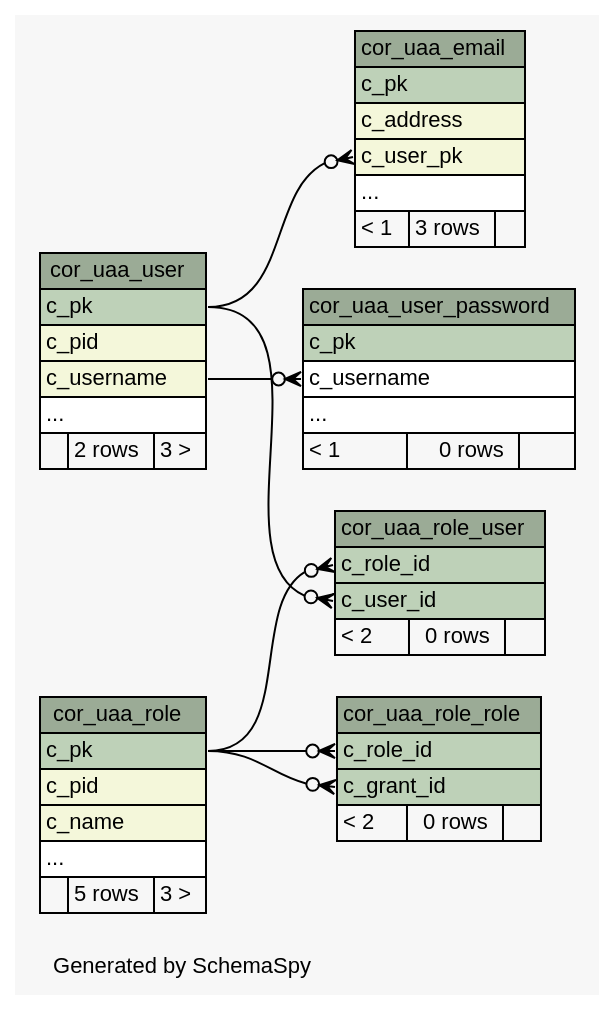
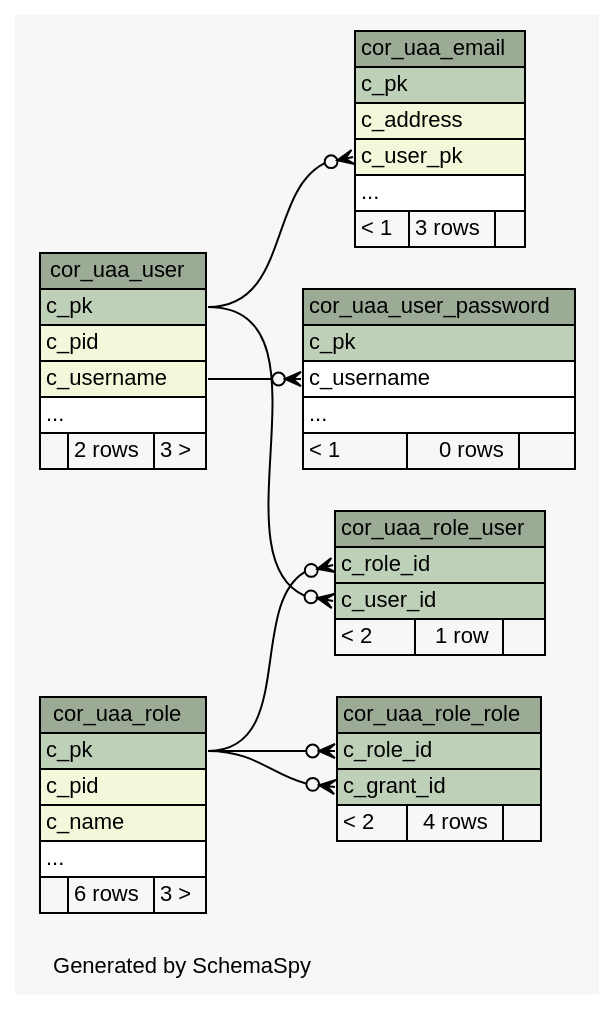
Before and after one commit to openwms/org.openwms.core.uaa: the diagram in 2.0.0-SNAPSHOT/schemaspy/diagrams/summary/relationships.real.compact.dot, drawn with Graphviz. The commit also changed 237 other files, not shown here.

```diff
--- a/2.0.0-SNAPSHOT/schemaspy/diagrams/summary/relationships.real.compact.dot
+++ b/2.0.0-SNAPSHOT/schemaspy/diagrams/summary/relationships.real.compact.dot
@@ -1,101 +1,101 @@
-// dot 2.43.0 on Linux 5.15.0-1033-azure
+// dot 2.43.0 on Linux 5.15.0-1037-azure
 // SchemaSpy rev Unknown
 digraph "compactRelationshipsDiagram" {
   graph [
     rankdir="RL"
     bgcolor="#f7f7f7"
     label="\nGenerated by SchemaSpy"
     labeljust="l"
     nodesep="0.18"
     ranksep="0.46"
     fontname="Helvetica"
     fontsize="11"
   ];
   node [
     fontname="Helvetica"
     fontsize="11"
     shape="plaintext"
   ];
   edge [
     arrowsize="0.8"
   ];
   "cor_uaa_email" [
     label=<
     <TABLE BORDER="0" CELLBORDER="1" CELLSPACING="0" BGCOLOR="#ffffff">
       <TR><TD COLSPAN="3" BGCOLOR="#9bab96" ALIGN="CENTER">cor_uaa_email</TD></TR>
       <TR><TD PORT="c_pk" COLSPAN="3" BGCOLOR="#bed1b8" ALIGN="LEFT">c_pk</TD></TR>
       <TR><TD PORT="c_address" COLSPAN="3" BGCOLOR="#f4f7da" ALIGN="LEFT">c_address</TD></TR>
       <TR><TD PORT="c_user_pk" COLSPAN="3" BGCOLOR="#f4f7da" ALIGN="LEFT">c_user_pk</TD></TR>
       <TR><TD PORT="elipses" COLSPAN="3" ALIGN="LEFT">...</TD></TR>
       <TR><TD ALIGN="LEFT" BGCOLOR="#f7f7f7">&lt; 1</TD><TD ALIGN="RIGHT" BGCOLOR="#f7f7f7">3 rows</TD><TD ALIGN="RIGHT" BGCOLOR="#f7f7f7">  </TD></TR>
     </TABLE>>
     URL="tables/cor_uaa_email.html"
     tooltip="cor_uaa_email"
   ];
   "cor_uaa_role" [
     label=<
     <TABLE BORDER="0" CELLBORDER="1" CELLSPACING="0" BGCOLOR="#ffffff">
       <TR><TD COLSPAN="3" BGCOLOR="#9bab96" ALIGN="CENTER">cor_uaa_role</TD></TR>
       <TR><TD PORT="c_pk" COLSPAN="3" BGCOLOR="#bed1b8" ALIGN="LEFT">c_pk</TD></TR>
       <TR><TD PORT="c_pid" COLSPAN="3" BGCOLOR="#f4f7da" ALIGN="LEFT">c_pid</TD></TR>
       <TR><TD PORT="c_name" COLSPAN="3" BGCOLOR="#f4f7da" ALIGN="LEFT">c_name</TD></TR>
       <TR><TD PORT="elipses" COLSPAN="3" ALIGN="LEFT">...</TD></TR>
-      <TR><TD ALIGN="LEFT" BGCOLOR="#f7f7f7">  </TD><TD ALIGN="RIGHT" BGCOLOR="#f7f7f7">5 rows</TD><TD ALIGN="RIGHT" BGCOLOR="#f7f7f7">3 &gt;</TD></TR>
+      <TR><TD ALIGN="LEFT" BGCOLOR="#f7f7f7">  </TD><TD ALIGN="RIGHT" BGCOLOR="#f7f7f7">6 rows</TD><TD ALIGN="RIGHT" BGCOLOR="#f7f7f7">3 &gt;</TD></TR>
     </TABLE>>
     URL="tables/cor_uaa_role.html"
     tooltip="cor_uaa_role"
   ];
   "cor_uaa_role_role" [
     label=<
     <TABLE BORDER="0" CELLBORDER="1" CELLSPACING="0" BGCOLOR="#ffffff">
       <TR><TD COLSPAN="3" BGCOLOR="#9bab96" ALIGN="CENTER">cor_uaa_role_role</TD></TR>
       <TR><TD PORT="c_role_id" COLSPAN="3" BGCOLOR="#bed1b8" ALIGN="LEFT">c_role_id</TD></TR>
       <TR><TD PORT="c_grant_id" COLSPAN="3" BGCOLOR="#bed1b8" ALIGN="LEFT">c_grant_id</TD></TR>
-      <TR><TD ALIGN="LEFT" BGCOLOR="#f7f7f7">&lt; 2</TD><TD ALIGN="RIGHT" BGCOLOR="#f7f7f7">0 rows</TD><TD ALIGN="RIGHT" BGCOLOR="#f7f7f7">  </TD></TR>
+      <TR><TD ALIGN="LEFT" BGCOLOR="#f7f7f7">&lt; 2</TD><TD ALIGN="RIGHT" BGCOLOR="#f7f7f7">4 rows</TD><TD ALIGN="RIGHT" BGCOLOR="#f7f7f7">  </TD></TR>
     </TABLE>>
     URL="tables/cor_uaa_role_role.html"
     tooltip="cor_uaa_role_role"
   ];
   "cor_uaa_role_user" [
     label=<
     <TABLE BORDER="0" CELLBORDER="1" CELLSPACING="0" BGCOLOR="#ffffff">
       <TR><TD COLSPAN="3" BGCOLOR="#9bab96" ALIGN="CENTER">cor_uaa_role_user</TD></TR>
       <TR><TD PORT="c_role_id" COLSPAN="3" BGCOLOR="#bed1b8" ALIGN="LEFT">c_role_id</TD></TR>
       <TR><TD PORT="c_user_id" COLSPAN="3" BGCOLOR="#bed1b8" ALIGN="LEFT">c_user_id</TD></TR>
-      <TR><TD ALIGN="LEFT" BGCOLOR="#f7f7f7">&lt; 2</TD><TD ALIGN="RIGHT" BGCOLOR="#f7f7f7">0 rows</TD><TD ALIGN="RIGHT" BGCOLOR="#f7f7f7">  </TD></TR>
+      <TR><TD ALIGN="LEFT" BGCOLOR="#f7f7f7">&lt; 2</TD><TD ALIGN="RIGHT" BGCOLOR="#f7f7f7">1 row</TD><TD ALIGN="RIGHT" BGCOLOR="#f7f7f7">  </TD></TR>
     </TABLE>>
     URL="tables/cor_uaa_role_user.html"
     tooltip="cor_uaa_role_user"
   ];
   "cor_uaa_user" [
     label=<
     <TABLE BORDER="0" CELLBORDER="1" CELLSPACING="0" BGCOLOR="#ffffff">
       <TR><TD COLSPAN="3" BGCOLOR="#9bab96" ALIGN="CENTER">cor_uaa_user</TD></TR>
       <TR><TD PORT="c_pk" COLSPAN="3" BGCOLOR="#bed1b8" ALIGN="LEFT">c_pk</TD></TR>
       <TR><TD PORT="c_pid" COLSPAN="3" BGCOLOR="#f4f7da" ALIGN="LEFT">c_pid</TD></TR>
       <TR><TD PORT="c_username" COLSPAN="3" BGCOLOR="#f4f7da" ALIGN="LEFT">c_username</TD></TR>
       <TR><TD PORT="elipses" COLSPAN="3" ALIGN="LEFT">...</TD></TR>
       <TR><TD ALIGN="LEFT" BGCOLOR="#f7f7f7">  </TD><TD ALIGN="RIGHT" BGCOLOR="#f7f7f7">2 rows</TD><TD ALIGN="RIGHT" BGCOLOR="#f7f7f7">3 &gt;</TD></TR>
     </TABLE>>
     URL="tables/cor_uaa_user.html"
     tooltip="cor_uaa_user"
   ];
   "cor_uaa_user_password" [
     label=<
     <TABLE BORDER="0" CELLBORDER="1" CELLSPACING="0" BGCOLOR="#ffffff">
       <TR><TD COLSPAN="3" BGCOLOR="#9bab96" ALIGN="CENTER">cor_uaa_user_password</TD></TR>
       <TR><TD PORT="c_pk" COLSPAN="3" BGCOLOR="#bed1b8" ALIGN="LEFT">c_pk</TD></TR>
       <TR><TD PORT="c_username" COLSPAN="3" ALIGN="LEFT">c_username</TD></TR>
       <TR><TD PORT="elipses" COLSPAN="3" ALIGN="LEFT">...</TD></TR>
       <TR><TD ALIGN="LEFT" BGCOLOR="#f7f7f7">&lt; 1</TD><TD ALIGN="RIGHT" BGCOLOR="#f7f7f7">0 rows</TD><TD ALIGN="RIGHT" BGCOLOR="#f7f7f7">  </TD></TR>
     </TABLE>>
     URL="tables/cor_uaa_user_password.html"
     tooltip="cor_uaa_user_password"
   ];
   "cor_uaa_email":"c_user_pk":w -> "cor_uaa_user":"c_pk":e [arrowhead=none dir=back arrowtail=crowodot];
   "cor_uaa_role_role":"c_grant_id":w -> "cor_uaa_role":"c_pk":e [arrowhead=none dir=back arrowtail=crowodot];
   "cor_uaa_role_role":"c_role_id":w -> "cor_uaa_role":"c_pk":e [arrowhead=none dir=back arrowtail=crowodot];
   "cor_uaa_role_user":"c_role_id":w -> "cor_uaa_role":"c_pk":e [arrowhead=none dir=back arrowtail=crowodot];
   "cor_uaa_role_user":"c_user_id":w -> "cor_uaa_user":"c_pk":e [arrowhead=none dir=back arrowtail=crowodot];
   "cor_uaa_user_password":"c_username":w -> "cor_uaa_user":"c_username":e [arrowhead=none dir=back arrowtail=crowodot];
 }
```
